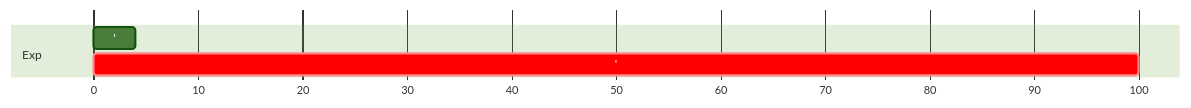
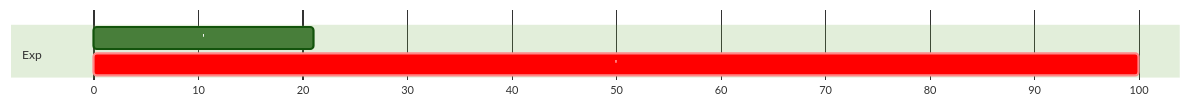
One commit to jcantosz/level-up-experience changed the diagram in README.md. Above: the diagram before and after it, drawn with Mermaid. The commit also changed 1 other file, not shown here.

Commit message:
Apply automatic changes

````diff
--- a/README.md
+++ b/README.md
@@ -2,13 +2,13 @@
 ```mermaid
 ---
 displayMode: compact
 ---
 %%{init: { "theme": "forest", "themeVariables": { 'fontFamily": "Times" } } }%%
 gantt
     dateFormat X
     axisFormat %s
     tickInterval 10second
     section Exp
-        ' : 0, 4
-        ' : crit, 4, 100
+        ' : 0, 21
+        ' : crit, 21, 100
 ```
````
